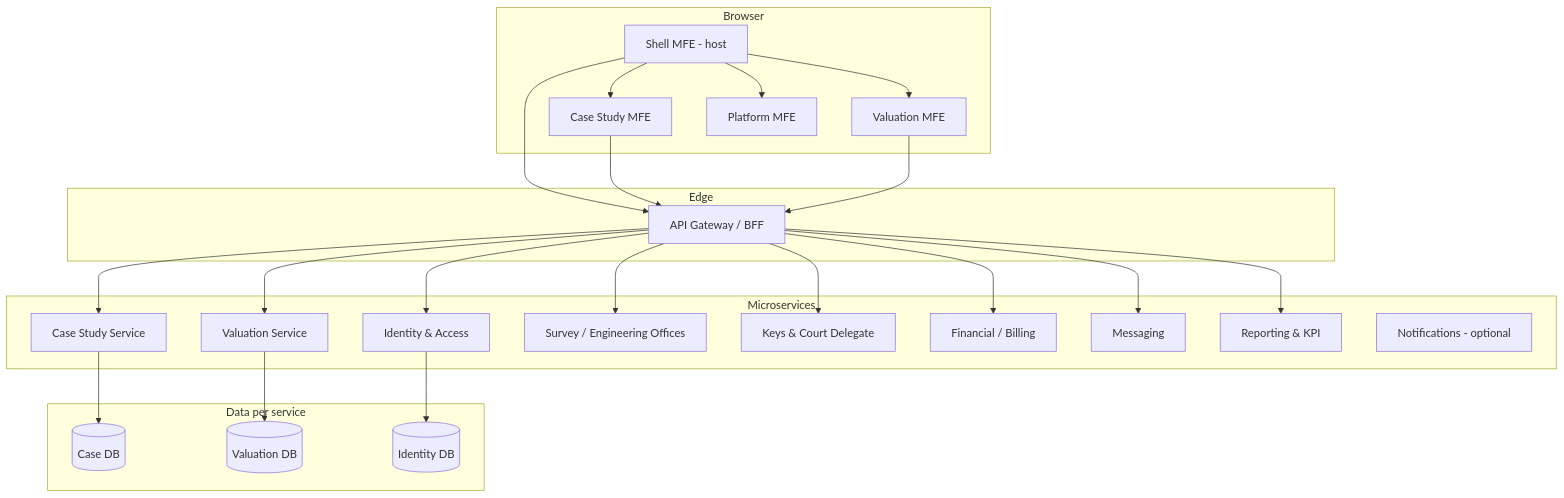
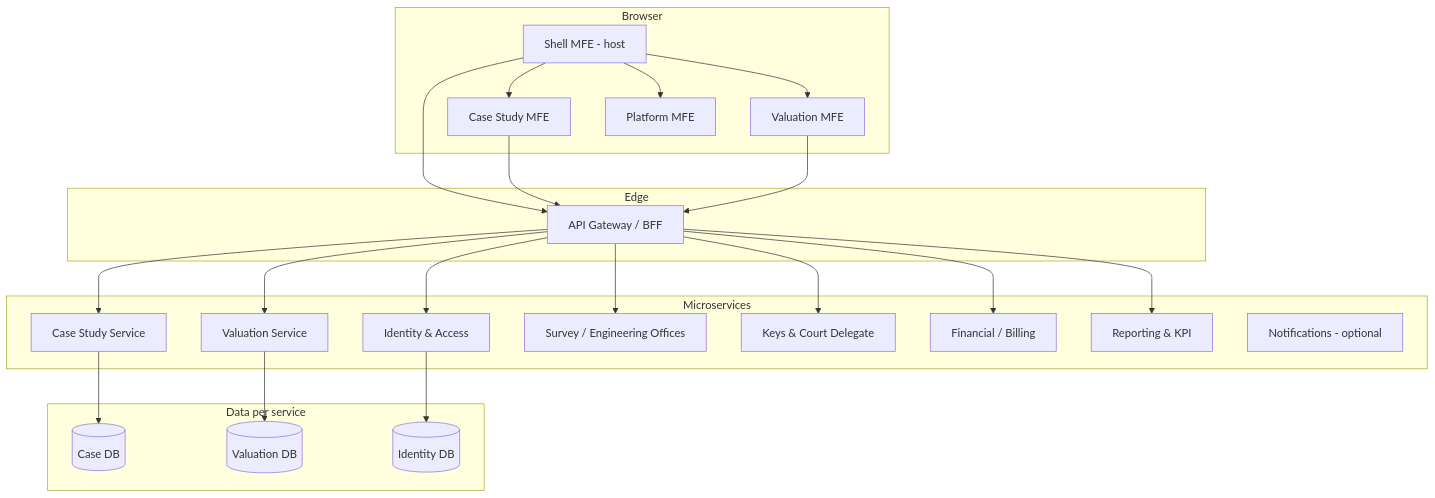
Before and after one commit to BuadDigital/case_srudy: the first of 2 diagrams in docs/ARCHITECTURE_MICROFRONTENDS_AND_MICROSERVICES.md, drawn with Mermaid. The commit also changed other lines of this file and 36 other files, not shown here.

````diff
--- a/docs/ARCHITECTURE_MICROFRONTENDS_AND_MICROSERVICES.md
+++ b/docs/ARCHITECTURE_MICROFRONTENDS_AND_MICROSERVICES.md
@@ -28,49 +28,47 @@
 ```mermaid
 flowchart TB
   subgraph clients [Browser]
     Shell[Shell MFE - host]
     MFE1[Case Study MFE]
     MFE2[Valuation MFE]
     MFE3[Platform MFE]
     Shell --> MFE1
     Shell --> MFE2
     Shell --> MFE3
   end
 
   subgraph edge [Edge]
     GW[API Gateway / BFF]
   end
 
   subgraph services [Microservices]
     Auth[Identity & Access]
     Case[Case Study Service]
     Val[Valuation Service]
     Survey[Survey / Engineering Offices]
     Keys[Keys & Court Delegate]
     Fin[Financial / Billing]
-    Msg[Messaging]
     Kpi[Reporting & KPI]
     Notify[Notifications - optional]
   end
 
   subgraph data [Data per service]
     DB1[(Case DB)]
     DB2[(Valuation DB)]
     DB3[(Identity DB)]
   end
 
   Shell --> GW
   MFE1 --> GW
   MFE2 --> GW
   GW --> Auth
   GW --> Case
   GW --> Val
   GW --> Survey
   GW --> Keys
   GW --> Fin
-  GW --> Msg
   GW --> Kpi
   Case --> DB1
   Val --> DB2
   Auth --> DB3
 ```
````
